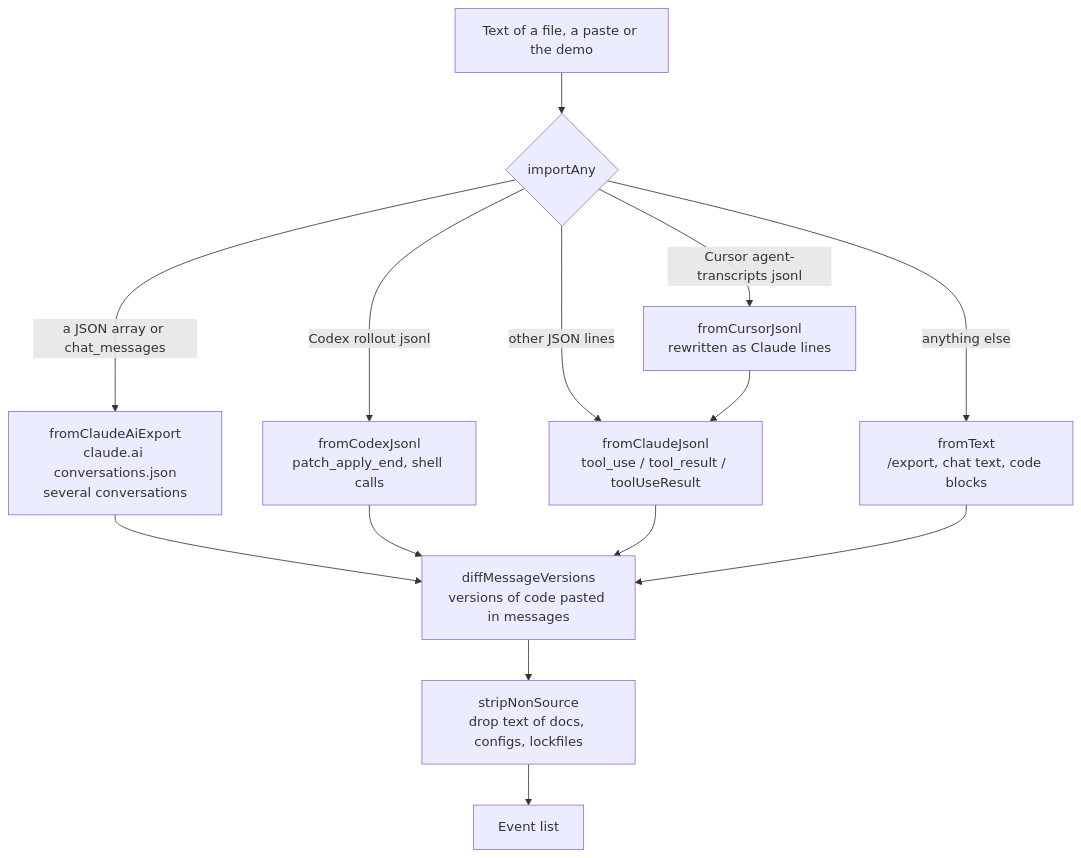
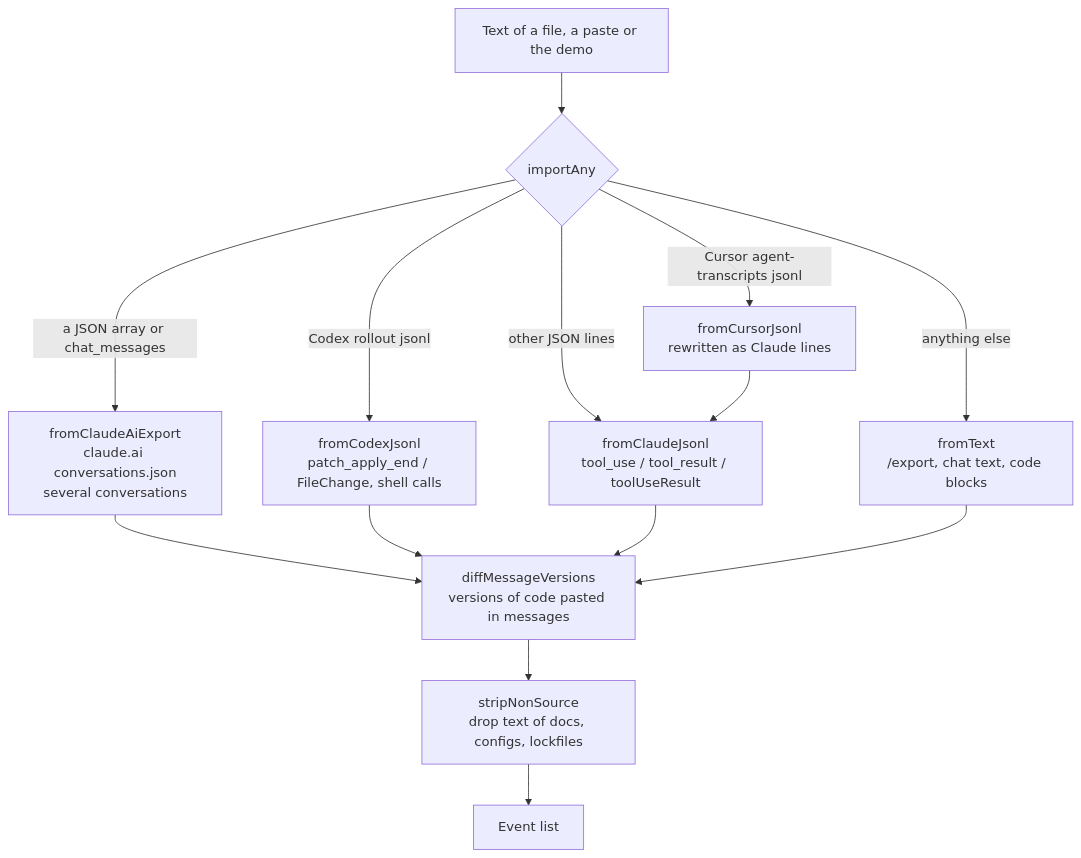
One commit to nikolaylosev/sessionlens-vscode changed the seventh of 13 diagrams in docs/ARCHITECTURE.md. Above: the diagram before and after it, drawn with Mermaid. The commit also changed other lines of this file and 8 other files, not shown here.

````diff
--- a/docs/ARCHITECTURE.md
+++ b/docs/ARCHITECTURE.md
@@ -374,13 +374,13 @@
 ```mermaid
 flowchart TD
   IN[Text of a file, a paste or the demo] --> D{importAny}
   D -->|a JSON array or chat_messages| CA[fromClaudeAiExport<br/>claude.ai conversations.json<br/>several conversations]
   D -->|Cursor agent-transcripts jsonl| CU[fromCursorJsonl<br/>rewritten as Claude lines]
-  D -->|Codex rollout jsonl| CX[fromCodexJsonl<br/>patch_apply_end, shell calls]
+  D -->|Codex rollout jsonl| CX[fromCodexJsonl<br/>patch_apply_end / FileChange, shell calls]
   D -->|other JSON lines| CL[fromClaudeJsonl<br/>tool_use / tool_result / toolUseResult]
   D -->|anything else| TX[fromText<br/>/export, chat text, code blocks]
   CU --> CL
   CA & CX & CL & TX --> DV[diffMessageVersions<br/>versions of code pasted in messages]
   DV --> SN[stripNonSource<br/>drop text of docs, configs, lockfiles]
   SN --> EV[Event list]
 ```
````
